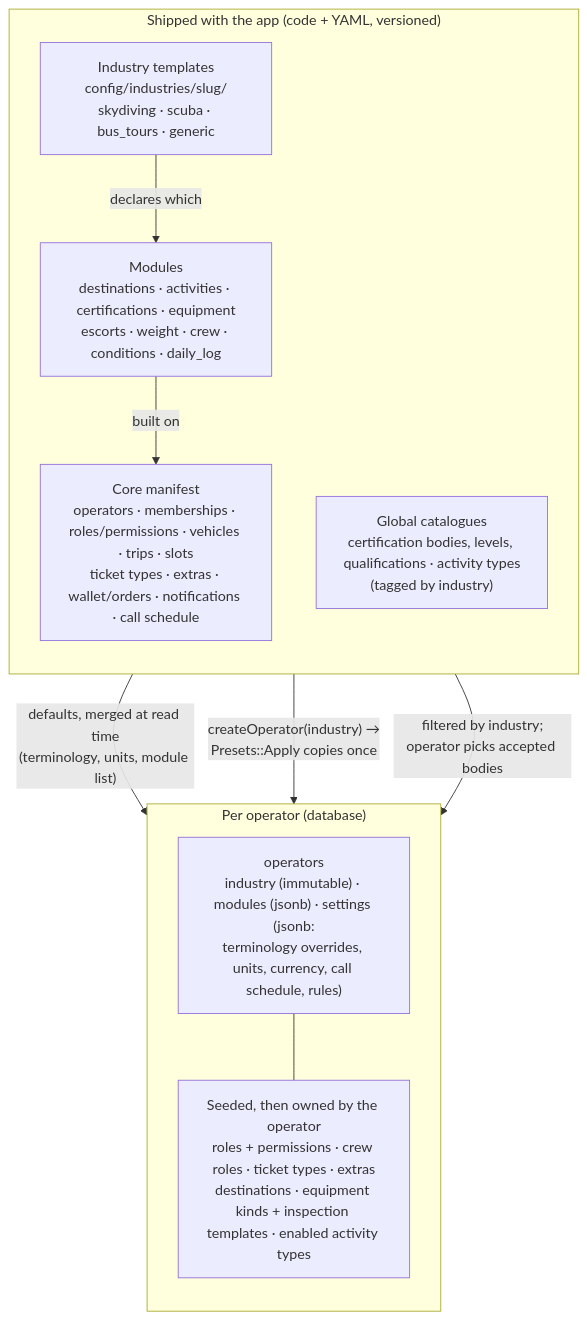
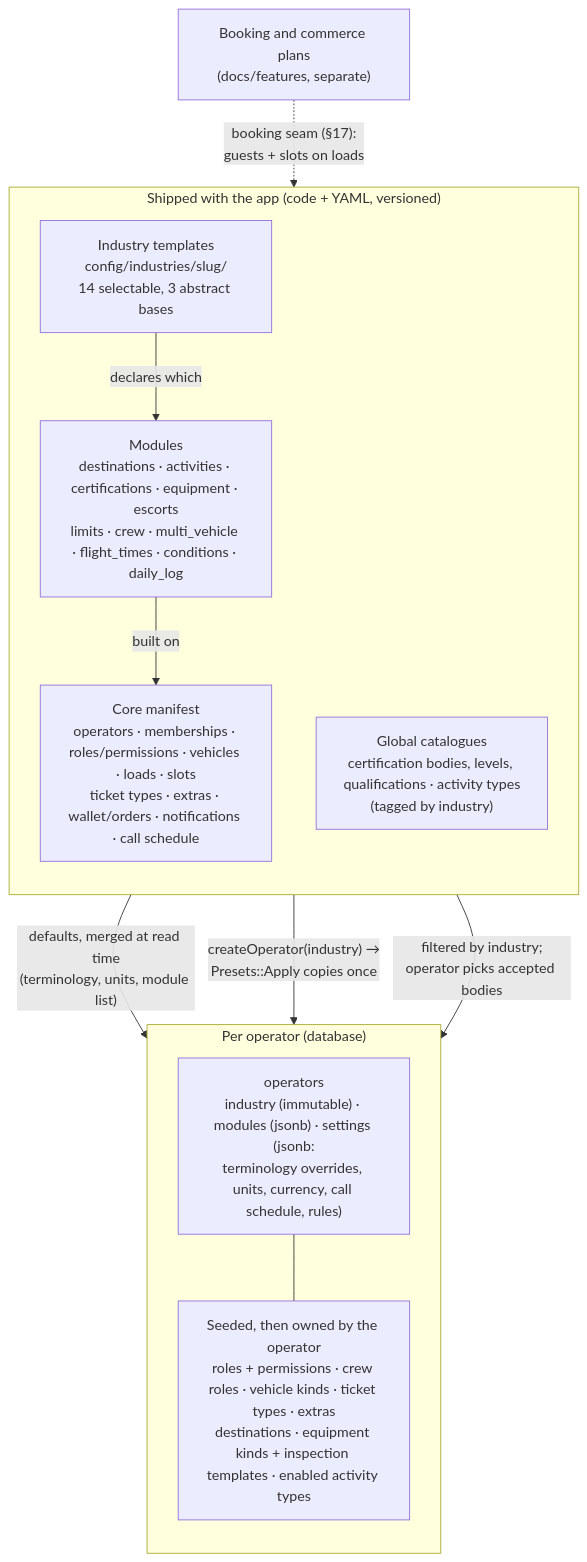
One commit to OpenManifest/openmanifest-server changed the first of 10 diagrams in docs/reference/GENERALISATION.md. Above: the diagram before and after it, drawn with Mermaid. The commit also changed other lines of this file and 1 other file, not shown here.

````diff
--- a/docs/reference/GENERALISATION.md
+++ b/docs/reference/GENERALISATION.md
@@ -60,21 +79,23 @@
 ```mermaid
 flowchart TB
   subgraph Shipped["Shipped with the app (code + YAML, versioned)"]
     direction TB
-    T["Industry templates<br/>config/industries/slug/<br/>skydiving · scuba · bus_tours · generic"]
-    M["Modules<br/>destinations · activities · certifications · equipment<br/>escorts · weight · crew · conditions · daily_log"]
-    C["Core manifest<br/>operators · memberships · roles/permissions · vehicles · trips · slots<br/>ticket types · extras · wallet/orders · notifications · call schedule"]
+    T["Industry templates<br/>config/industries/slug/<br/>14 selectable, 3 abstract bases"]
+    M["Modules<br/>destinations · activities · certifications · equipment · escorts<br/>limits · crew · multi_vehicle · flight_times · conditions · daily_log"]
+    C["Core manifest<br/>operators · memberships · roles/permissions · vehicles · loads · slots<br/>ticket types · extras · wallet/orders · notifications · call schedule"]
     G["Global catalogues<br/>certification bodies, levels, qualifications · activity types<br/>(tagged by industry)"]
   end
   subgraph PerOperator["Per operator (database)"]
     direction TB
     O["operators<br/>industry (immutable) · modules (jsonb) · settings (jsonb:<br/>terminology overrides, units, currency, call schedule, rules)"]
-    S["Seeded, then owned by the operator<br/>roles + permissions · crew roles · ticket types · extras<br/>destinations · equipment kinds + inspection templates · enabled activity types"]
+    S["Seeded, then owned by the operator<br/>roles + permissions · crew roles · vehicle kinds · ticket types · extras<br/>destinations · equipment kinds + inspection templates · enabled activity types"]
   end
+  B["Booking and commerce plans<br/>(docs/features, separate)"]
   T -- "declares which" --> M
   M -- "built on" --> C
   T -- "defaults, merged at read time<br/>(terminology, units, module list)" --> O
   T -- "createOperator(industry) →<br/>Presets::Apply copies once" --> S
   G -- "filtered by industry;<br/>operator picks accepted bodies" --> O
   O --- S
+  B -. "booking seam (§17):<br/>guests + slots on loads" .-> C
 ```
````
